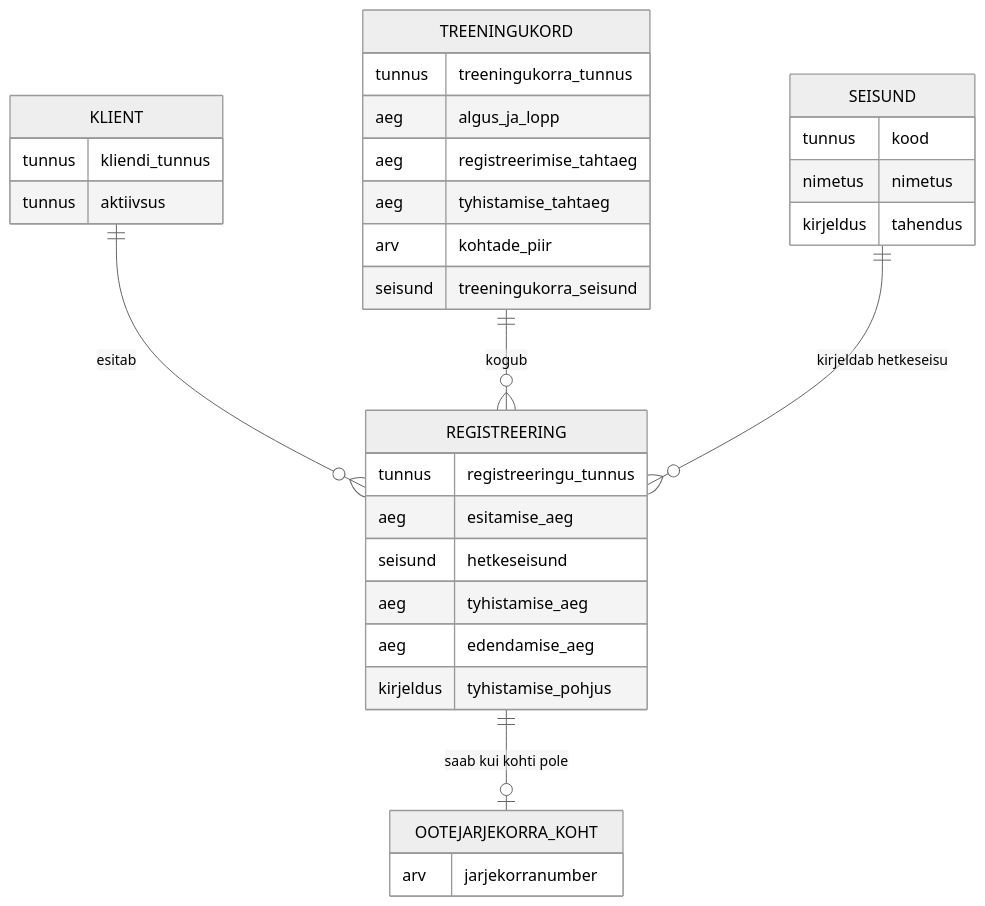
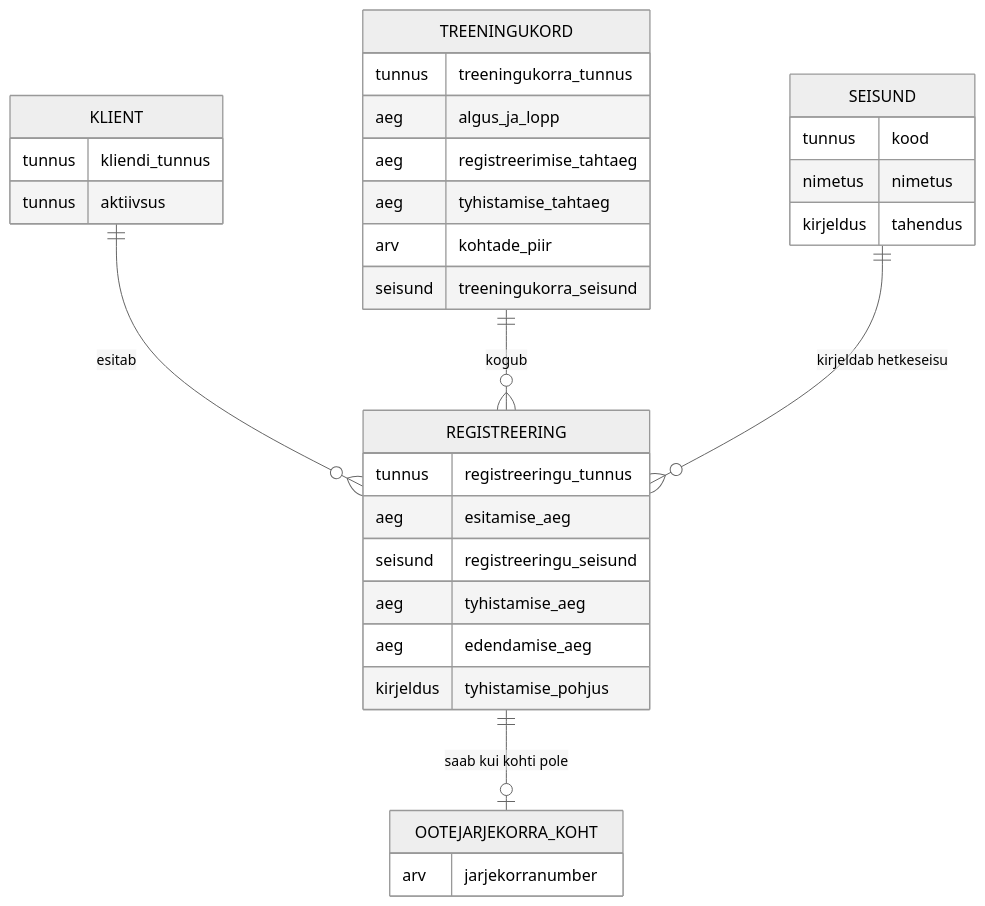
The diagram in diagrams/13_registrations_register.mmd (tamkivi/andmebaasid-projekt), drawn with Mermaid (neutral theme) before and after one commit. The commit also changed 19 other files, not shown here.

```diff
--- a/diagrams/13_registrations_register.mmd
+++ b/diagrams/13_registrations_register.mmd
@@ -1,34 +1,34 @@
 erDiagram
     KLIENT ||--o{ REGISTREERING : "esitab"
     TREENINGUKORD ||--o{ REGISTREERING : "kogub"
     REGISTREERING ||--o| OOTEJARJEKORRA_KOHT : "saab kui kohti pole"
     SEISUND ||--o{ REGISTREERING : "kirjeldab hetkeseisu"
 
     KLIENT {
         tunnus kliendi_tunnus
         tunnus aktiivsus
     }
     TREENINGUKORD {
         tunnus treeningukorra_tunnus
         aeg algus_ja_lopp
         aeg registreerimise_tahtaeg
         aeg tyhistamise_tahtaeg
         arv kohtade_piir
         seisund treeningukorra_seisund
     }
     REGISTREERING {
         tunnus registreeringu_tunnus
         aeg esitamise_aeg
-        seisund hetkeseisund
+        seisund registreeringu_seisund
         aeg tyhistamise_aeg
         aeg edendamise_aeg
         kirjeldus tyhistamise_pohjus
     }
     OOTEJARJEKORRA_KOHT {
         arv jarjekorranumber
     }
     SEISUND {
         tunnus kood
         nimetus nimetus
         kirjeldus tahendus
     }
```
